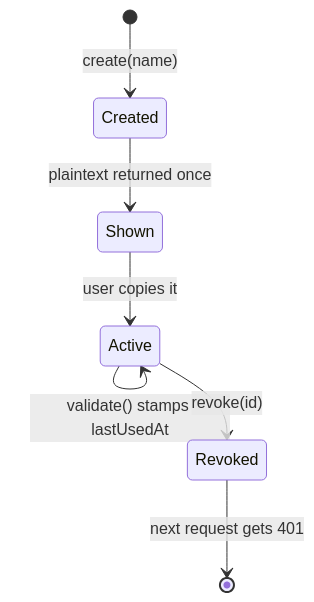
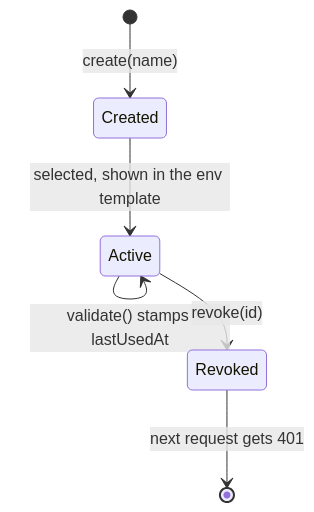
Before and after one commit to berat-erkul/CatchLama: the third of 4 diagrams in docs/HOW-IT-WORKS.md, drawn with Mermaid. The commit also changed other lines of this file and 5 other files, not shown here.

````diff
--- a/docs/HOW-IT-WORKS.md
+++ b/docs/HOW-IT-WORKS.md
@@ -180,9 +180,8 @@
 ```mermaid
 stateDiagram-v2
     [*] --> Created: create(name)
-    Created --> Shown: plaintext returned once
-    Shown --> Active: user copies it
+    Created --> Active: selected, shown in the env template
     Active --> Active: validate() stamps lastUsedAt
     Active --> Revoked: revoke(id)
     Revoked --> [*]: next request gets 401
 ```
````
